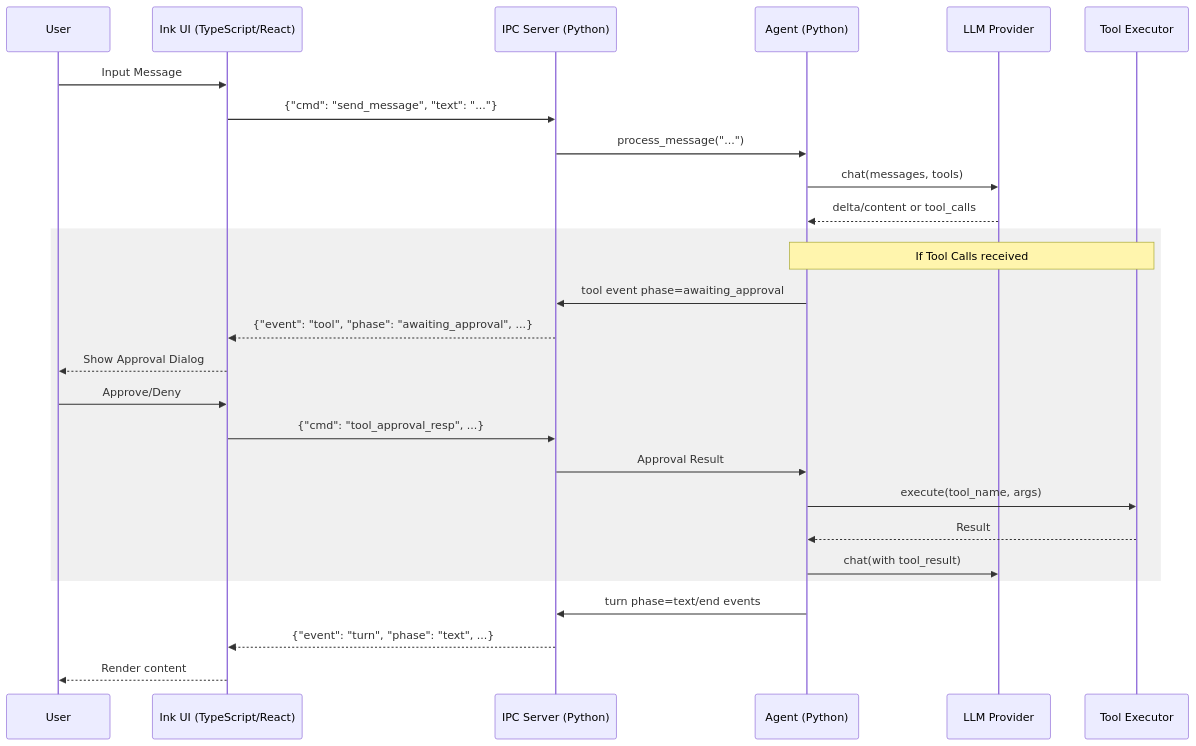
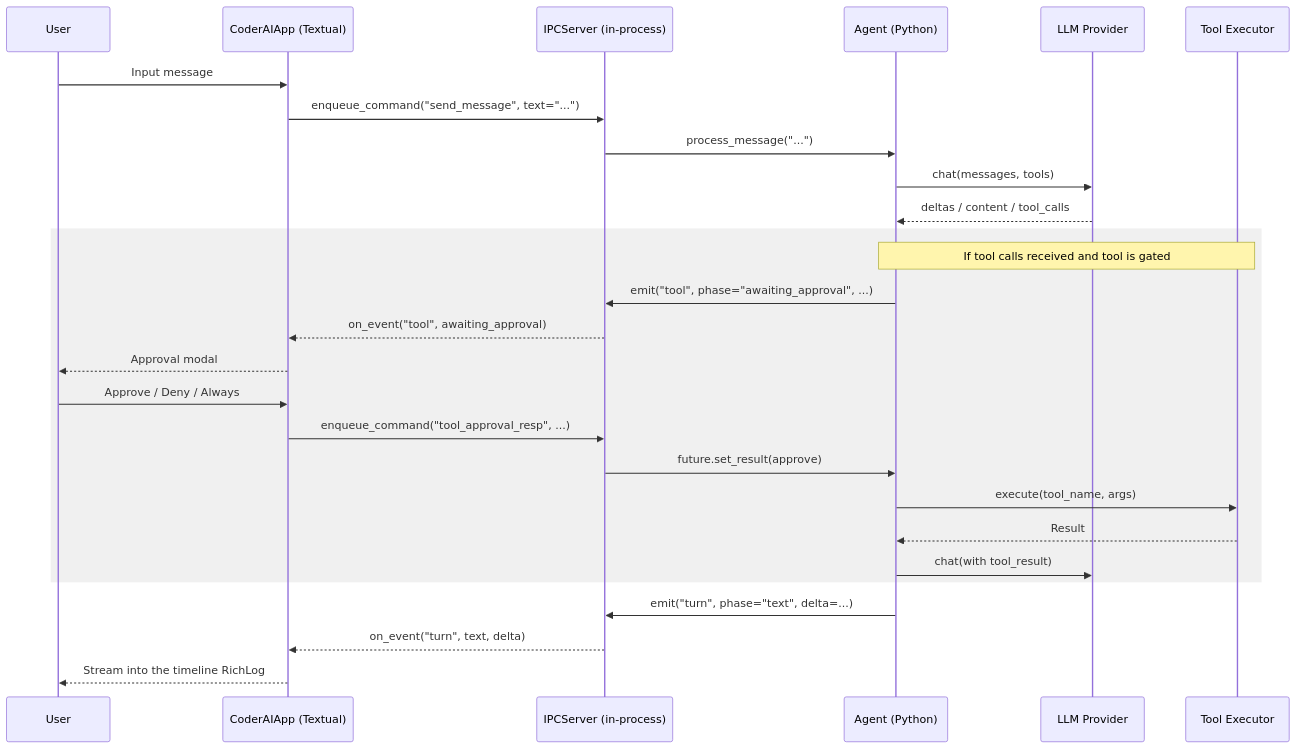
The diagram in ARCHITECTURE.md (adityaanilraut/CoderAI), drawn with Mermaid before and after one commit. The commit also changed other lines of this file and 84 other files, not shown here.

````diff
--- a/ARCHITECTURE.md
+++ b/ARCHITECTURE.md
@@ -18,32 +30,32 @@
 ```mermaid
 sequenceDiagram
     participant User
-    participant UI as Ink UI (TypeScript/React)
-    participant IPC as IPC Server (Python)
+    participant TUI as CoderAIApp (Textual)
+    participant IPC as IPCServer (in-process)
     participant Agent as Agent (Python)
     participant LLM as LLM Provider
     participant Tools as Tool Executor
 
-    User->>UI: Input Message
-    UI->>IPC: {"cmd": "send_message", "text": "..."}
+    User->>TUI: Input message
+    TUI->>IPC: enqueue_command("send_message", text="...")
     IPC->>Agent: process_message("...")
     Agent->>LLM: chat(messages, tools)
-    LLM-->>Agent: delta/content or tool_calls
-    
+    LLM-->>Agent: deltas / content / tool_calls
+
     rect rgb(240, 240, 240)
-        Note over Agent, Tools: If Tool Calls received
-        Agent->>IPC: tool event phase=awaiting_approval
-        IPC-->>UI: {"event": "tool", "phase": "awaiting_approval", ...}
-        UI-->>User: Show Approval Dialog
-        User->>UI: Approve/Deny
-        UI->>IPC: {"cmd": "tool_approval_resp", ...}
-        IPC->>Agent: Approval Result
+        Note over Agent, Tools: If tool calls received and tool is gated
+        Agent->>IPC: emit("tool", phase="awaiting_approval", ...)
+        IPC-->>TUI: on_event("tool", awaiting_approval)
+        TUI-->>User: Approval modal
+        User->>TUI: Approve / Deny / Always
+        TUI->>IPC: enqueue_command("tool_approval_resp", ...)
+        IPC->>Agent: future.set_result(approve)
         Agent->>Tools: execute(tool_name, args)
         Tools-->>Agent: Result
         Agent->>LLM: chat(with tool_result)
     end
 
-    Agent->>IPC: turn phase=text/end events
-    IPC-->>UI: {"event": "turn", "phase": "text", ...}
-    UI-->>User: Render content
+    Agent->>IPC: emit("turn", phase="text", delta=...)
+    IPC-->>TUI: on_event("turn", text, delta)
+    TUI-->>User: Stream into the timeline RichLog
 ```
````
